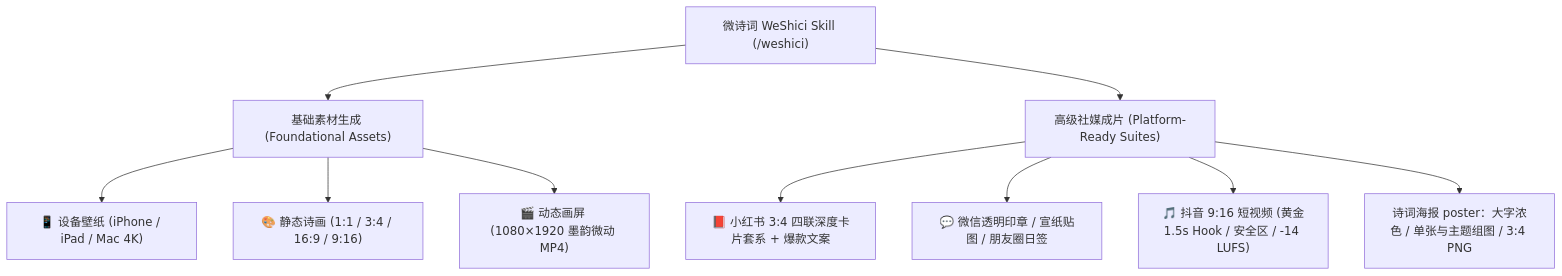
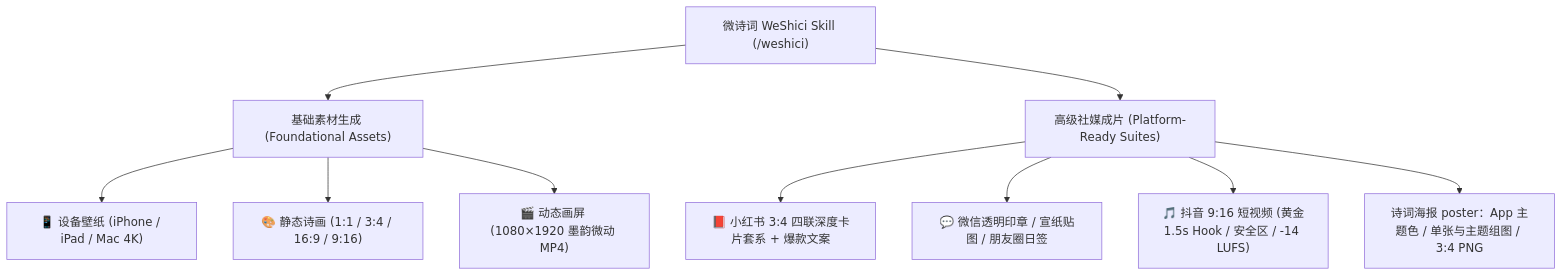
The diagram in README.md (charsunny/weshici-skill), drawn with Mermaid before and after one commit. The commit also changed other lines of this file and 13 other files, not shown here.

````diff
--- a/README.md
+++ b/README.md
@@ -55,14 +55,14 @@
 ```mermaid
 graph TD
     A["微诗词 WeShici Skill (/weshici)"] --> B["基础素材生成 (Foundational Assets)"]
     A --> C["高级社媒成片 (Platform-Ready Suites)"]
 
     B --> B1["📱 设备壁纸 (iPhone / iPad / Mac 4K)"]
     B --> B2["🎨 静态诗画 (1:1 / 3:4 / 16:9 / 9:16)"]
     B --> B3["🎬 动态画屏 (1080×1920 墨韵微动 MP4)"]
 
     C --> C1["📕 小红书 3:4 四联深度卡片套系 + 爆款文案"]
     C --> C2["💬 微信透明印章 / 宣纸贴图 / 朋友圈日签"]
     C --> C3["🎵 抖音 9:16 短视频 (黄金1.5s Hook / 安全区 / -14 LUFS)"]
-    C --> C4["诗词海报 poster：大字浓色 / 单张与主题组图 / 3:4 PNG"]
+    C --> C4["诗词海报 poster：App 主题色 / 单张与主题组图 / 3:4 PNG"]
 ```
````
